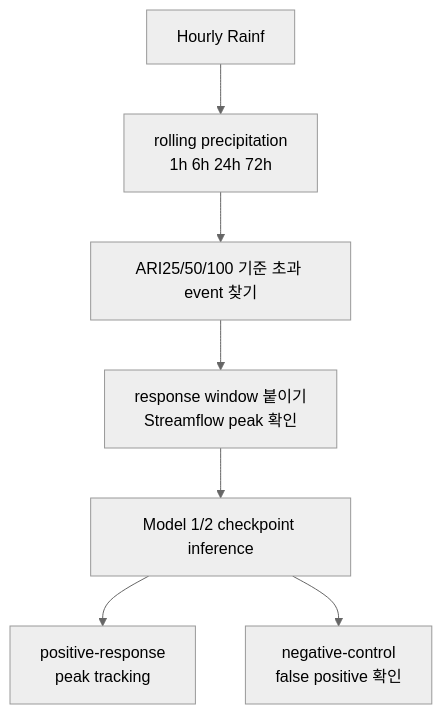
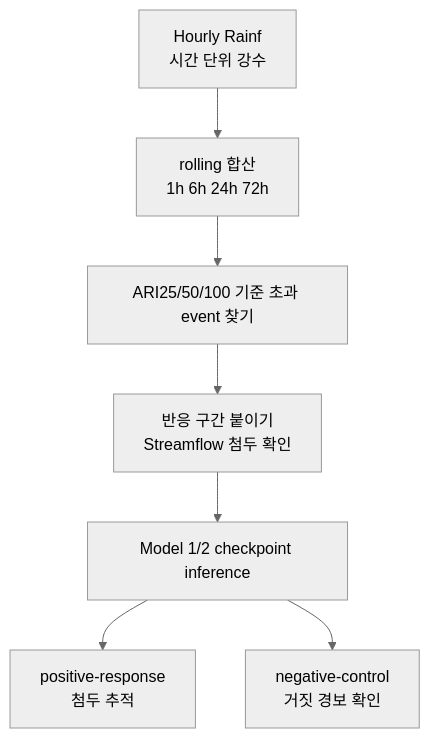
One commit to mossyantler/flood-underestimation-lstm changed the diagram in docs/explain/14_extreme_rain_stress_test.md. Above: the diagram before and after it, drawn with Mermaid (neutral theme). The commit also changed other lines of this file and 13 other files, not shown here.

````diff
--- a/docs/explain/14_extreme_rain_stress_test.md
+++ b/docs/explain/14_extreme_rain_stress_test.md
@@ -27,9 +31,9 @@
 ```mermaid
 flowchart TD
-    A["Hourly Rainf"] --> B["rolling precipitation<br/>1h 6h 24h 72h"]
+    A["Hourly Rainf<br/>시간 단위 강수"] --> B["rolling 합산<br/>1h 6h 24h 72h"]
     B --> C["ARI25/50/100 기준 초과 event 찾기"]
-    C --> D["response window 붙이기<br/>Streamflow peak 확인"]
+    C --> D["반응 구간 붙이기<br/>Streamflow 첨두 확인"]
     D --> E["Model 1/2 checkpoint inference"]
-    E --> F["positive-response<br/>peak tracking"]
-    E --> G["negative-control<br/>false positive 확인"]
+    E --> F["positive-response<br/>첨두 추적"]
+    E --> G["negative-control<br/>거짓 경보 확인"]
 ```
````
